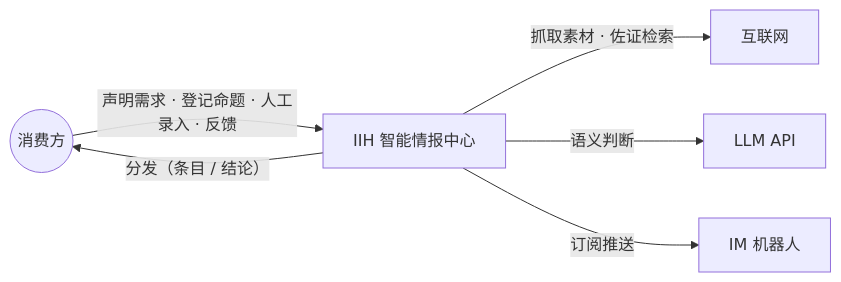
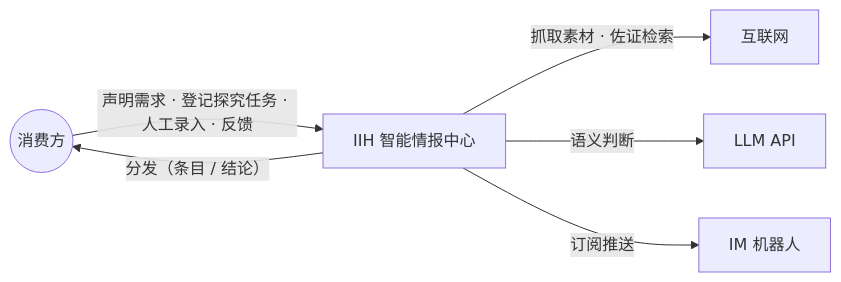
Before and after one commit to leoricmaster/iih: the first of 3 diagrams in backlog/docs/doc-05 - 技术架构-Technical-Architecture.md, drawn with Mermaid. The commit also changed 8 other files, not shown here.

````diff
--- a/backlog/docs/doc-05 - 技术架构-Technical-Architecture.md
+++ b/backlog/docs/doc-05 - 技术架构-Technical-Architecture.md
@@ -27,14 +27,14 @@
 ```mermaid
 flowchart LR
     U((消费方))
     IIH[IIH 智能情报中心]
     WEB[互联网]
     LLM[LLM API]
     PUSH[IM 机器人]
 
-    U -->|声明需求 · 登记命题 · 人工录入 · 反馈| IIH
+    U -->|声明需求 · 登记探究任务 · 人工录入 · 反馈| IIH
     IIH -->|分发（条目 / 结论）| U
     IIH -->|抓取素材 · 佐证检索| WEB
     IIH -->|语义判断| LLM
     IIH -->|订阅推送| PUSH
 ```
````
